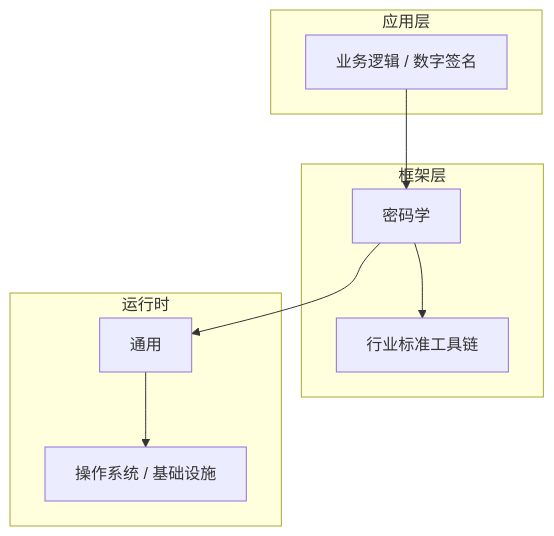
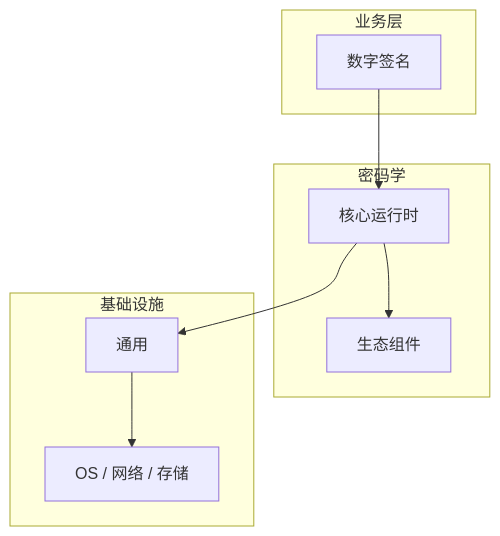
Before and after one commit to yanggan2015/knowledge-json-v2: the diagram in articles/密码学/chapters/056-数字签名核心概念与原理.md, drawn with Mermaid. The commit also changed other lines of this file and 10127 other files, not shown here.

````diff
--- a/articles/密码学/chapters/056-数字签名核心概念与原理.md
+++ b/articles/密码学/chapters/056-数字签名核心概念与原理.md
@@ -46,18 +31,18 @@
 ```mermaid
 graph TB
-    subgraph 应用层
-        A[业务逻辑 / 数字签名]
+    subgraph 业务层
+        A[数字签名]
     end
-    subgraph 框架层
-        B[密码学]
-        C[行业标准工具链]
+    subgraph 密码学
+        B[核心运行时]
+        C[生态组件]
     end
-    subgraph 运行时
+    subgraph 基础设施
         D[通用]
-        E[操作系统 / 基础设施]
+        E[OS / 网络 / 存储]
     end
     A --> B
     B --> C
     B --> D
     D --> E
 ```
````
